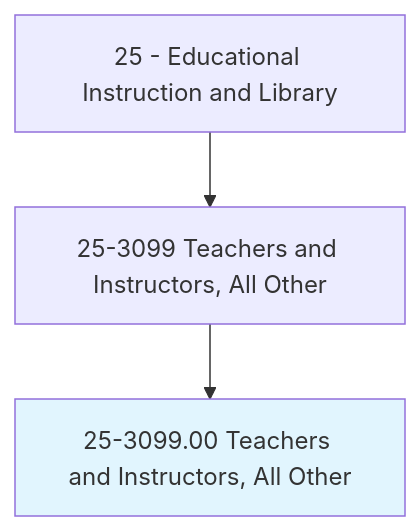
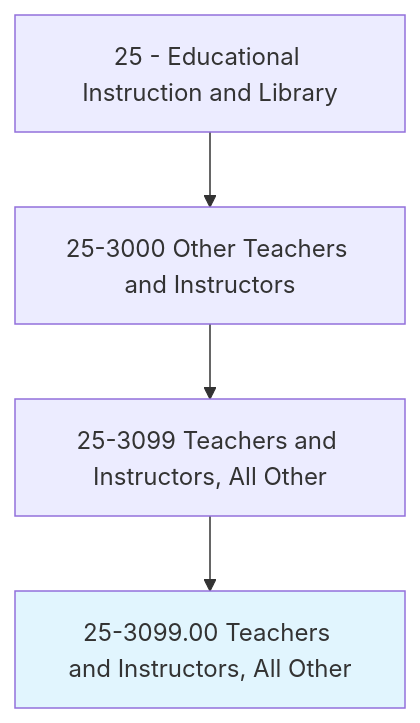
Before and after one commit to kziemski/business.org.ai: the first of 4 diagrams in occupations/Education/TeachersAndInstructors.mdx, drawn with Mermaid. The commit also changed other lines of this file and 938 other files, not shown here.

````diff
--- a/occupations/Education/TeachersAndInstructors.mdx
+++ b/occupations/Education/TeachersAndInstructors.mdx
@@ -19,6 +23,7 @@
 ```mermaid
 graph TD
-    Cat25["25 - Educational Instruction and Library"] --> Group253099["25-3099 Teachers and Instructors, All Other"]
+    Cat25["25 - Educational Instruction and Library"] --> Group253["25-3000 Other Teachers and Instructors"]
+    Group253 --> Group253099["25-3099 Teachers and Instructors, All Other"]
     Group253099 --> Current["25-3099.00 Teachers and Instructors, All Other"]
     style Current fill:#e1f5fe
 ```
````
